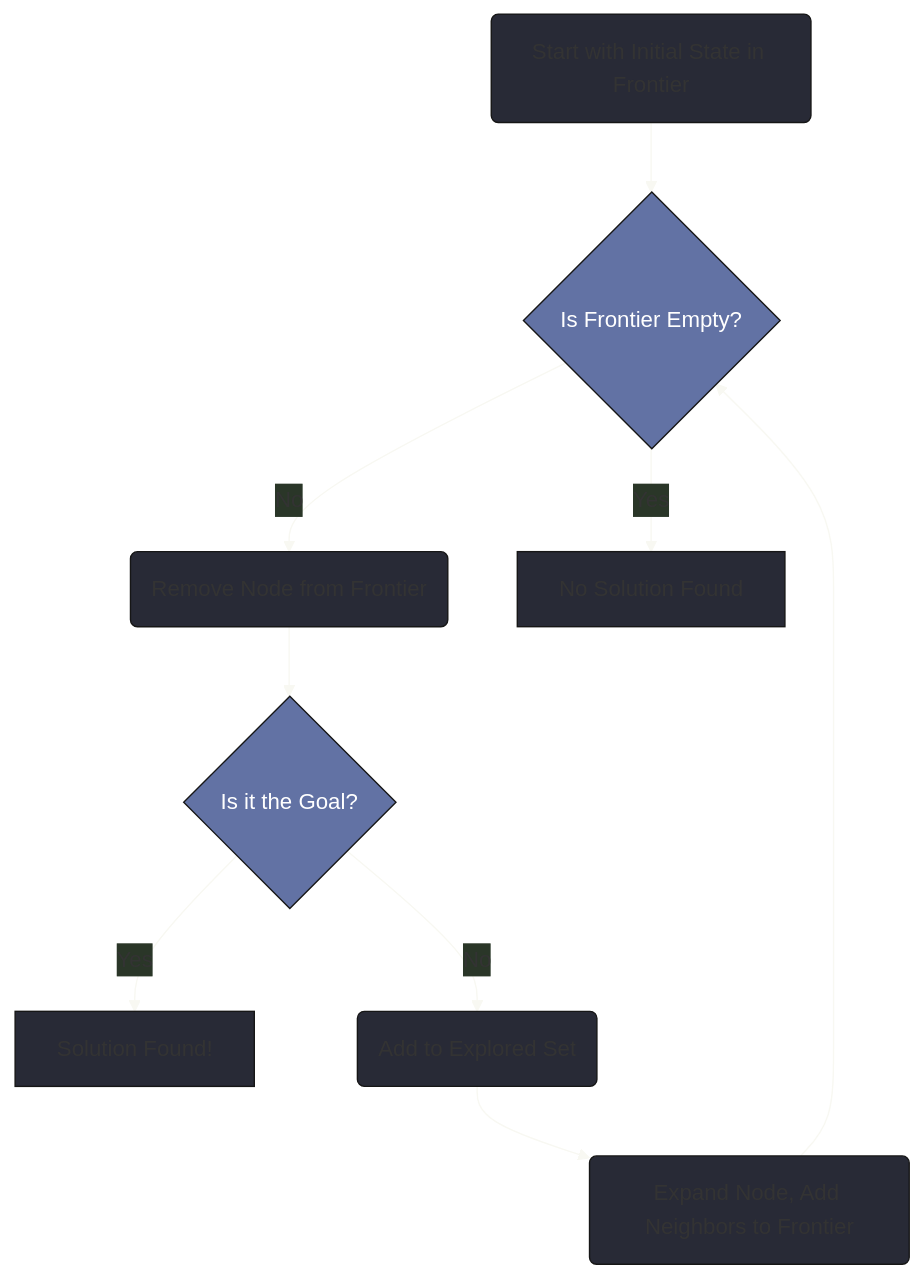
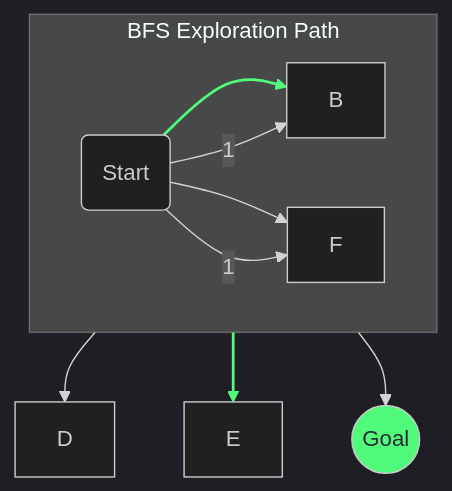
One commit to eltay89/eltay89.github.io changed the second of 5 diagrams in _posts/2025-08-08-ai-search-algorithms-a-z.md. Above: the diagram before and after it, drawn with Mermaid. The commit also changed other lines of this file, not shown here.

````diff
--- a/_posts/2025-08-08-ai-search-algorithms-a-z.md
+++ b/_posts/2025-08-08-ai-search-algorithms-a-z.md
@@ -70,15 +63,18 @@
 ```mermaid
-%%{ init: { 'theme': 'base', 'themeVariables': { 'primaryColor': '#282a36', 'lineColor': '#f8f8f2', 'textColor': '#f8f8f2' } } }%%
+%%{ init: { 'theme': 'dark' } }%%
 graph TD
-    A(Start with Initial State in Frontier) --> B{Is Frontier Empty?};
-    B -- No --> C(Remove Node from Frontier);
-    C --> D{Is it the Goal?};
-    D -- Yes --> F[Solution Found!];
-    D -- No --> G(Add to Explored Set);
-    G --> H(Expand Node, Add Neighbors to Frontier);
-    H --> B;
-    B -- Yes --> E[No Solution Found];
-
-    classDef decision fill:#6272a4,color:#fff;
-    class B,D decision;
+    A(Start) --> B;
+    B --> D;
+    B --> E;
+    A --> F --> G((Goal));
+    
+    subgraph "BFS Exploration Path"
+      direction LR
+      A -- 1 --> B & F;
+    end
+    
+    linkStyle 0,2 stroke:#50fa7b,stroke-width:2px;
+    
+    classDef goal fill:#50fa7b,color:#282a36;
+    class G goal;
 ```
````
